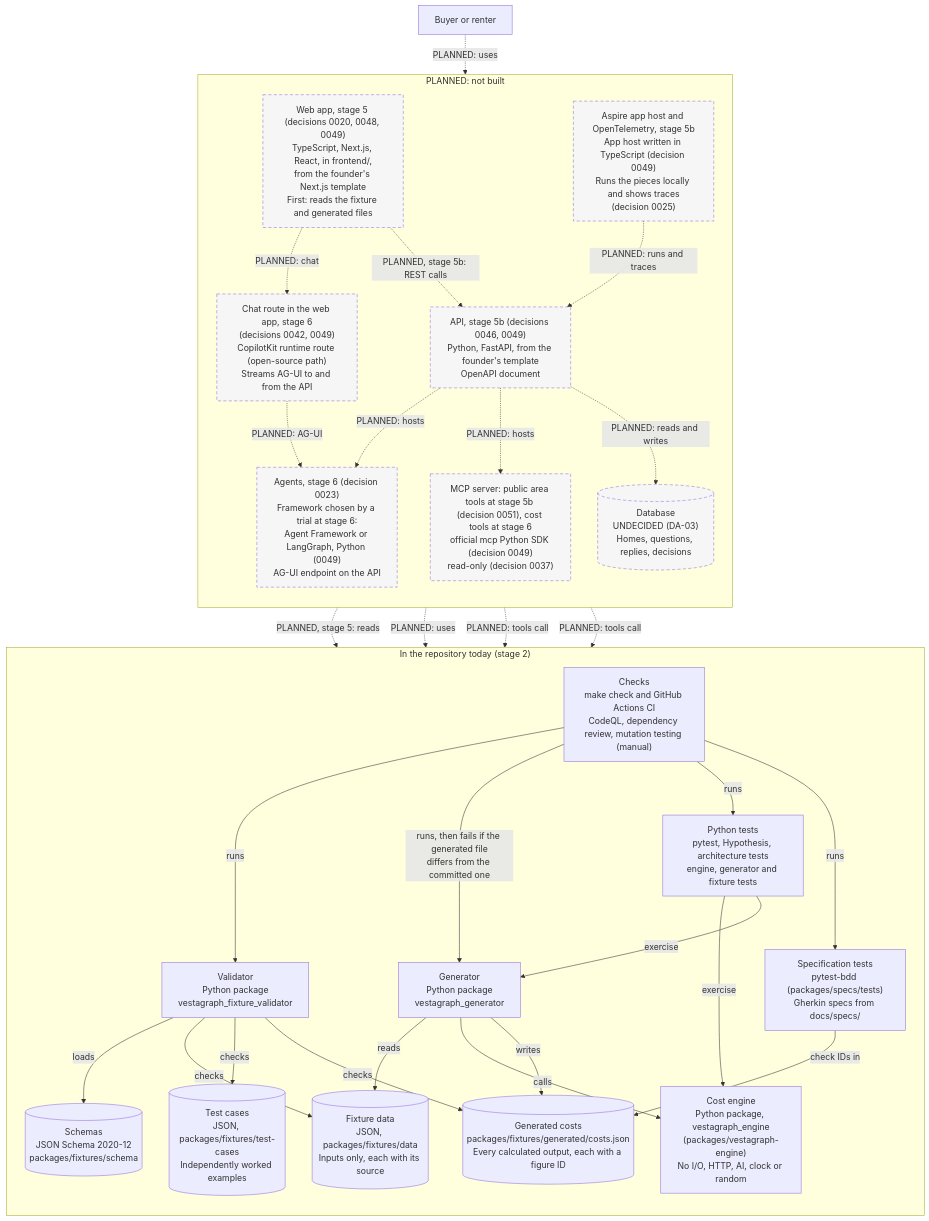
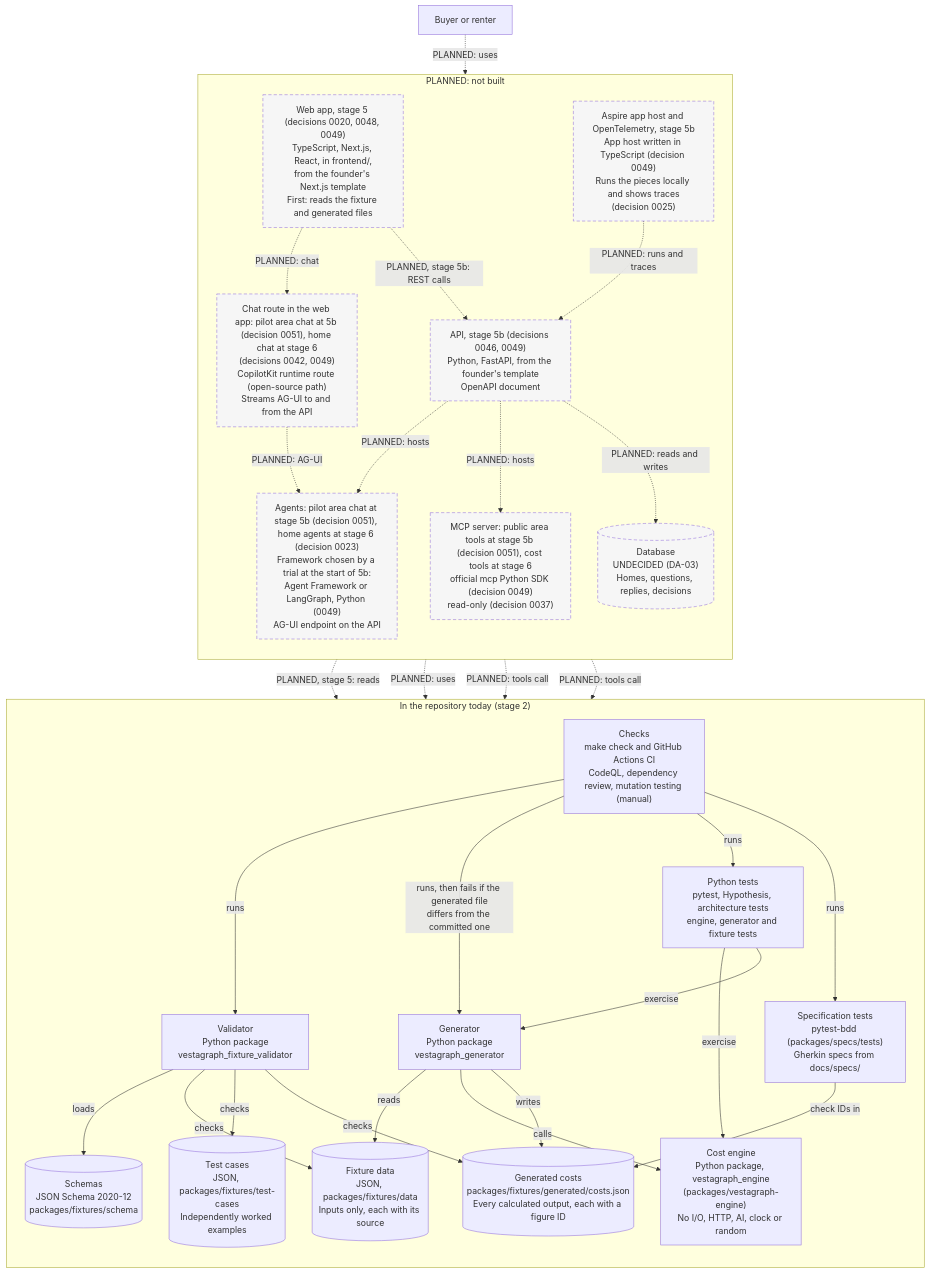
Before and after one commit to olaheavy-dev/homescout-platform: the second of 2 diagrams in docs/architecture/README.md, drawn with Mermaid. The commit also changed other lines of this file and 2 other files, not shown here.

Commit message:
docs: Codex fixes — pilot gate keeps the repository-wide debt rule; architecture and package timing for the pilot chat

````diff
--- a/docs/architecture/README.md
+++ b/docs/architecture/README.md
@@ -47,60 +47,60 @@
 ```mermaid
 flowchart TB
     user["Buyer or renter"]
 
     subgraph today["In the repository today (stage 2)"]
         direction TB
         data[("Fixture data<br/>JSON, packages/fixtures/data<br/>Inputs only, each with its source")]
         schema[("Schemas<br/>JSON Schema 2020-12<br/>packages/fixtures/schema")]
         cases[("Test cases<br/>JSON, packages/fixtures/test-cases<br/>Independently worked examples")]
         engine["Cost engine<br/>Python package, vestagraph_engine<br/>(packages/vestagraph-engine)<br/>No I/O, HTTP, AI, clock or random"]
         generator["Generator<br/>Python package<br/>vestagraph_generator"]
         generated[("Generated costs<br/>packages/fixtures/generated/costs.json<br/>Every calculated output, each with a figure ID")]
         validator["Validator<br/>Python package<br/>vestagraph_fixture_validator"]
         tests["Python tests<br/>pytest, Hypothesis, architecture tests<br/>engine, generator and fixture tests"]
         specs["Specification tests<br/>pytest-bdd (packages/specs/tests)<br/>Gherkin specs from docs/specs/"]
         ci["Checks<br/>make check and GitHub Actions CI<br/>CodeQL, dependency review, mutation testing (manual)"]
     end
 
     subgraph later["PLANNED: not built"]
         direction TB
         web["Web app, stage 5 (decisions 0020, 0048, 0049)<br/>TypeScript, Next.js, React, in frontend/,<br/>from the founder's Next.js template<br/>First: reads the fixture and generated files"]
         api["API, stage 5b (decisions 0046, 0049)<br/>Python, FastAPI, from the founder's template<br/>OpenAPI document"]
         mcp["MCP server: public area tools at stage 5b (decision 0051), cost tools at stage 6<br/>official mcp Python SDK (decision 0049)<br/>read-only (decision 0037)"]
-        agents["Agents, stage 6 (decision 0023)<br/>Framework chosen by a trial at stage 6:<br/>Agent Framework or LangGraph, Python (0049)<br/>AG-UI endpoint on the API"]
-        copilot["Chat route in the web app, stage 6<br/>(decisions 0042, 0049)<br/>CopilotKit runtime route (open-source path)<br/>Streams AG-UI to and from the API"]
+        agents["Agents: pilot area chat at stage 5b (decision 0051), home agents at stage 6 (decision 0023)<br/>Framework chosen by a trial at the start of 5b:<br/>Agent Framework or LangGraph, Python (0049)<br/>AG-UI endpoint on the API"]
+        copilot["Chat route in the web app: pilot area chat at 5b (decision 0051), home chat at stage 6<br/>(decisions 0042, 0049)<br/>CopilotKit runtime route (open-source path)<br/>Streams AG-UI to and from the API"]
         aspire["Aspire app host and OpenTelemetry, stage 5b<br/>App host written in TypeScript (decision 0049)<br/>Runs the pieces locally and shows traces<br/>(decision 0025)"]
         db[("Database<br/>UNDECIDED (DA-03)<br/>Homes, questions, replies, decisions")]
     end
 
     generator -->|reads| data
     generator -->|calls| engine
     generator -->|writes| generated
     validator -->|loads| schema
     validator -->|checks| data
     validator -->|checks| cases
     validator -->|checks| generated
     tests -->|exercise| engine
     tests -->|exercise| generator
     specs -->|check IDs in| generated
     ci -->|runs| validator
     ci -->|"runs, then fails if the generated file<br/>differs from the committed one"| generator
     ci -->|runs| tests
     ci -->|runs| specs
 
     user -.->|"PLANNED: uses"| web
     web -.->|"PLANNED, stage 5: reads"| generated
     web -.->|"PLANNED, stage 5b: REST calls"| api
     web -.->|"PLANNED: chat"| copilot
     copilot -.->|"PLANNED: AG-UI"| agents
     api -.->|"PLANNED: uses"| engine
     api -.->|"PLANNED: hosts"| mcp
     api -.->|"PLANNED: hosts"| agents
     agents -.->|"PLANNED: tools call"| engine
     mcp -.->|"PLANNED: tools call"| engine
     api -.->|"PLANNED: reads and writes"| db
     aspire -.->|"PLANNED: runs and traces"| api
 
     classDef planned stroke-dasharray: 6 4,fill:#f6f6f6,color:#333
     class web,api,mcp,agents,copilot,aspire,db planned
 ```
````
